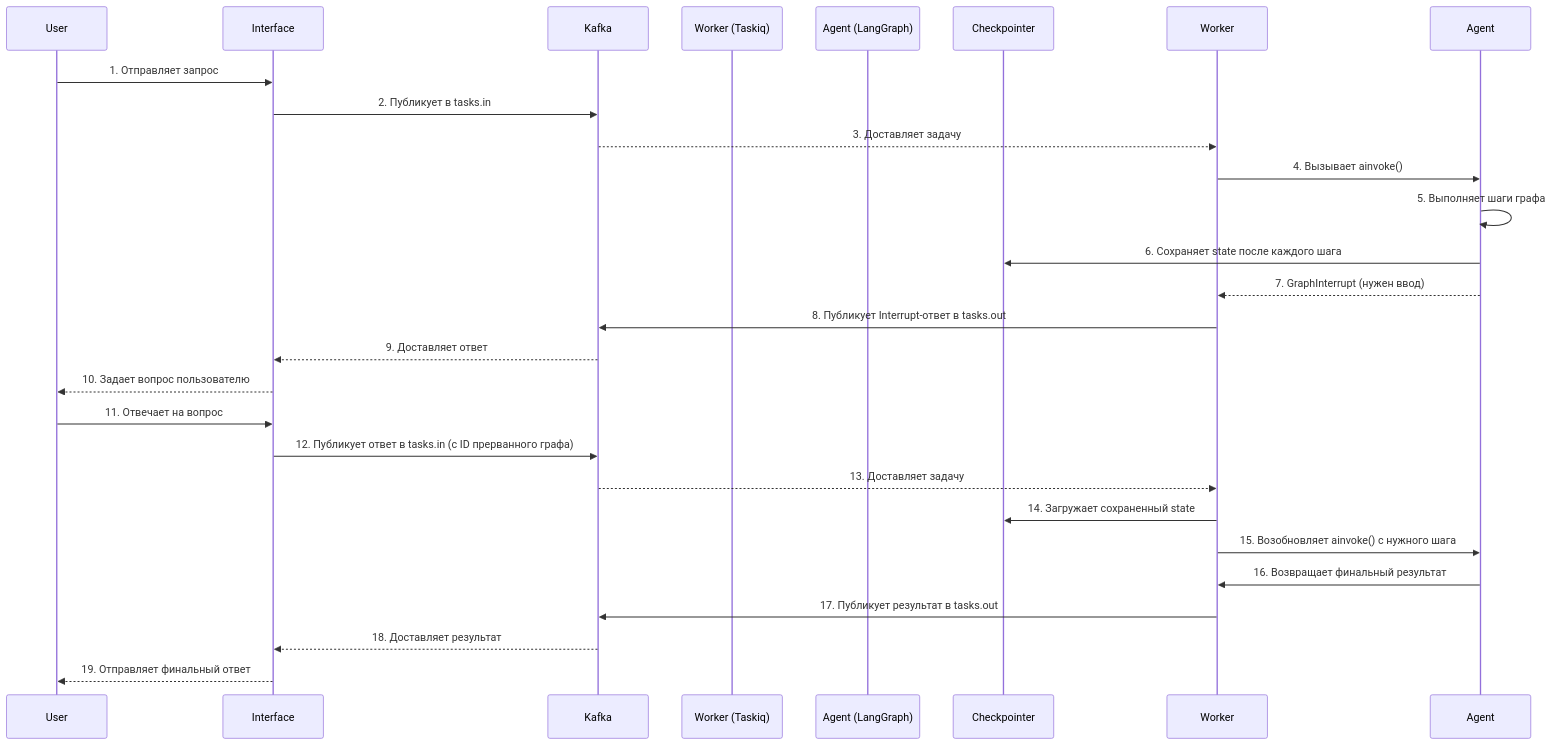
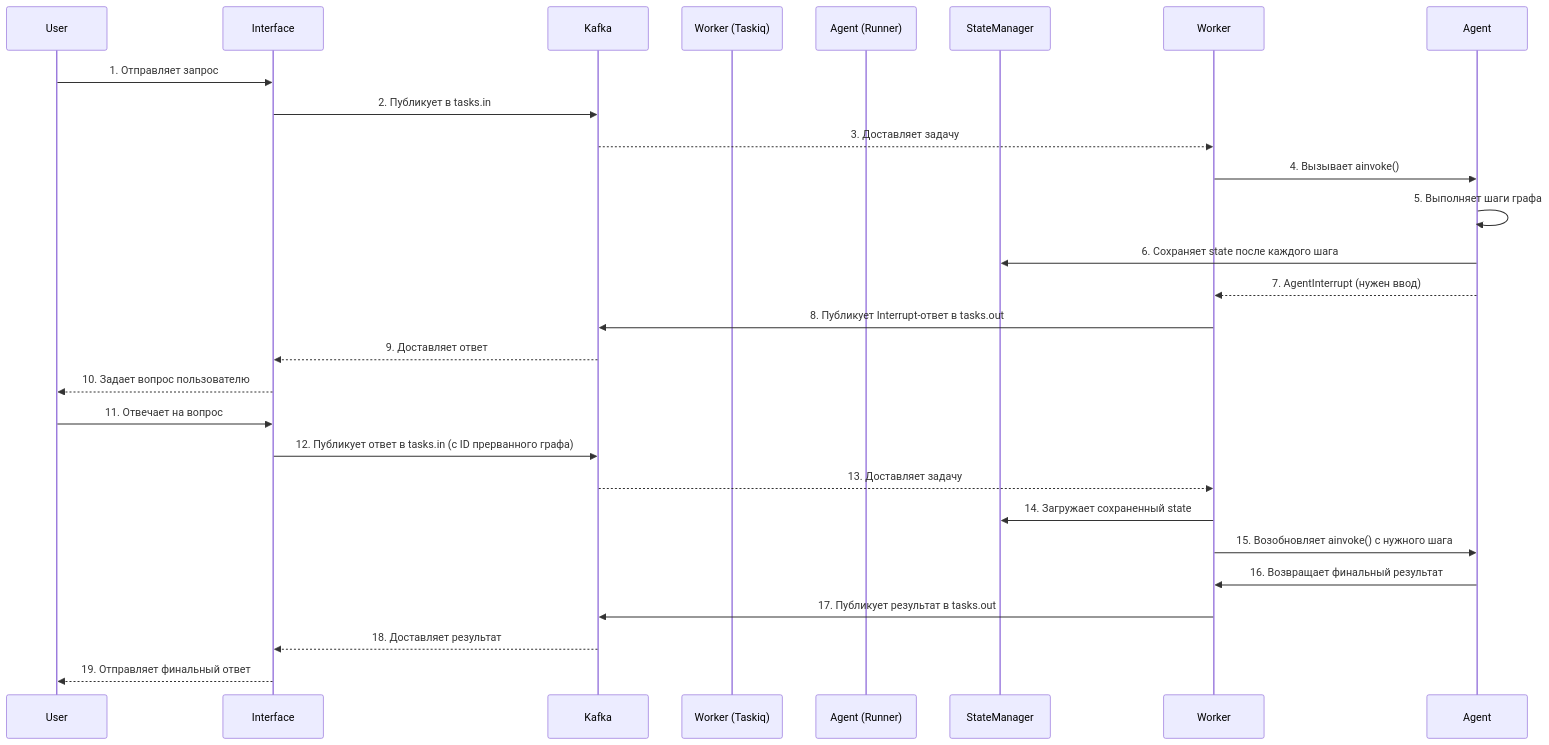
One commit to zamb124/agent-lab changed the second of 3 diagrams in docs/platform_architecture.md. Above: the diagram before and after it, drawn with Mermaid. The commit also changed other lines of this file and 75 other files, not shown here.

````diff
--- a/docs/platform_architecture.md
+++ b/docs/platform_architecture.md
@@ -219,30 +219,30 @@
 ```mermaid
 sequenceDiagram
     participant User
     participant Interface
     participant Kafka
     participant Worker (Taskiq)
-    participant Agent (LangGraph)
-    participant Checkpointer
+    participant Agent (Runner)
+    participant StateManager
 
     User->>Interface: 1. Отправляет запрос
     Interface->>Kafka: 2. Публикует в tasks.in
     Kafka-->>Worker: 3. Доставляет задачу
     Worker->>Agent: 4. Вызывает ainvoke()
     Agent->>Agent: 5. Выполняет шаги графа
-    Agent->>Checkpointer: 6. Сохраняет state после каждого шага
-    Agent-->>Worker: 7. GraphInterrupt (нужен ввод)
+    Agent->>StateManager: 6. Сохраняет state после каждого шага
+    Agent-->>Worker: 7. AgentInterrupt (нужен ввод)
     Worker->>Kafka: 8. Публикует Interrupt-ответ в tasks.out
     Kafka-->>Interface: 9. Доставляет ответ
     Interface-->>User: 10. Задает вопрос пользователю
 
     User->>Interface: 11. Отвечает на вопрос
     Interface->>Kafka: 12. Публикует ответ в tasks.in (с ID прерванного графа)
     Kafka-->>Worker: 13. Доставляет задачу
-    Worker->>Checkpointer: 14. Загружает сохраненный state
+    Worker->>StateManager: 14. Загружает сохраненный state
     Worker->>Agent: 15. Возобновляет ainvoke() с нужного шага
     Agent->>Worker: 16. Возвращает финальный результат
     Worker->>Kafka: 17. Публикует результат в tasks.out
     Kafka-->>Interface: 18. Доставляет результат
     Interface-->>User: 19. Отправляет финальный ответ
 ```
````
